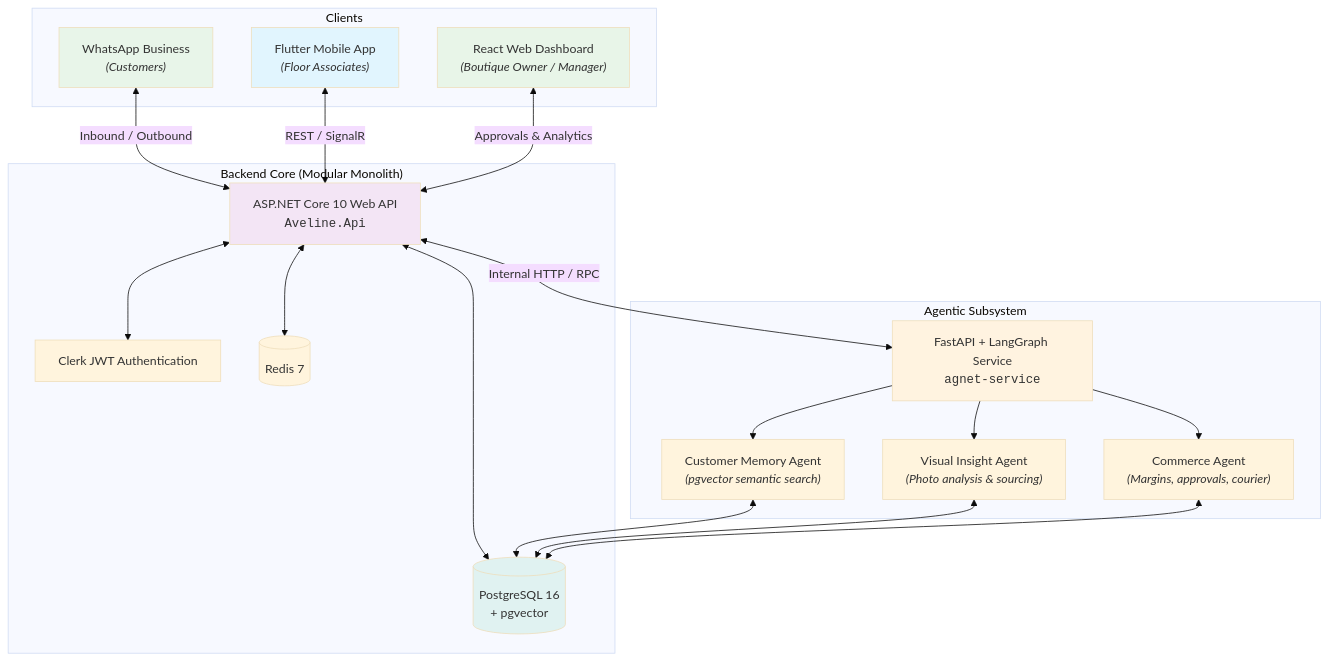
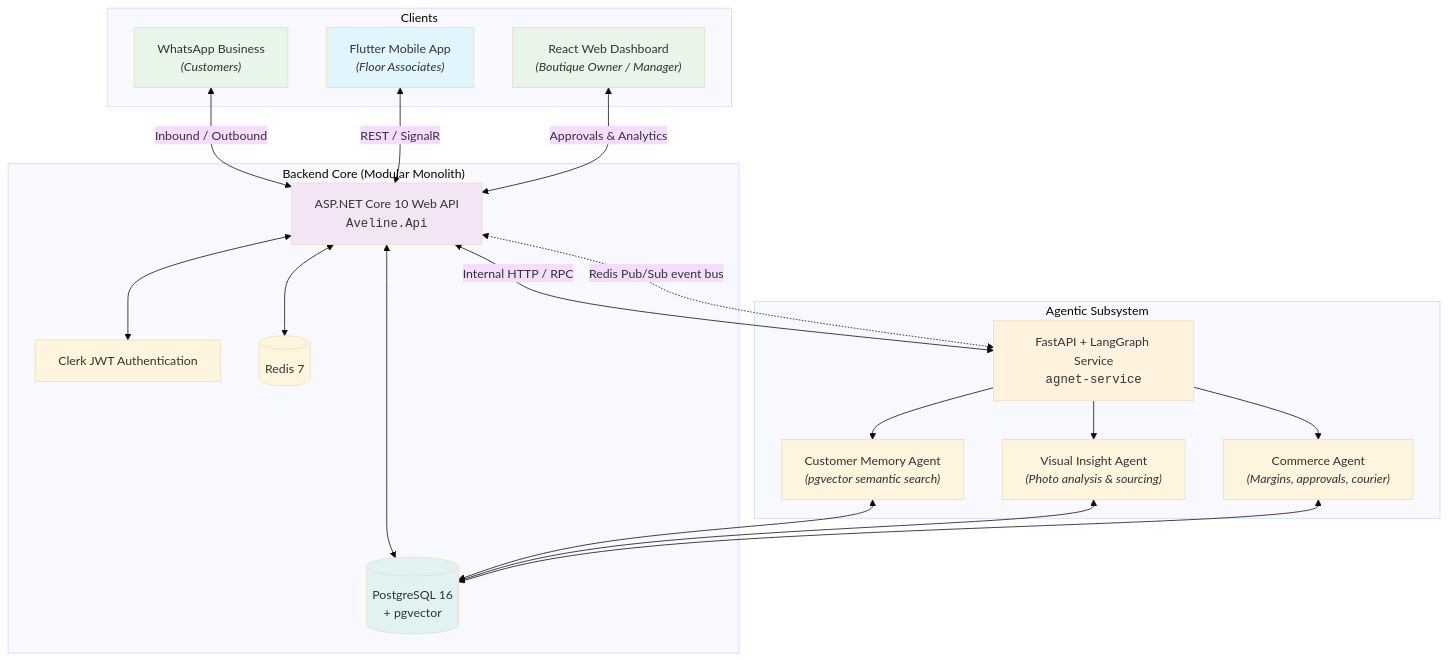
The diagram in README.md (KavinduNirmal/aveline), drawn with Mermaid (base theme) before and after one commit. The commit also changed other lines of this file and 38 other files, not shown here.

First line of the commit message:
feat(eventing): add Redis Pub/Sub event bus for API-agent decoupling

````diff
--- a/README.md
+++ b/README.md
@@ -24,39 +24,40 @@
 ```mermaid
 graph TD
     subgraph "Clients"
         Flutter["Flutter Mobile App<br/><i>(Floor Associates)</i>"]
         React["React Web Dashboard<br/><i>(Boutique Owner / Manager)</i>"]
         WhatsApp["WhatsApp Business<br/><i>(Customers)</i>"]
     end
 
     subgraph "Backend Core (Modular Monolith)"
         Api["ASP.NET Core 10 Web API<br/><code>Aveline.Api</code>"]
         Auth["Clerk JWT Authentication"]
         DB[(PostgreSQL 16<br/>+ pgvector)]
         Cache[(Redis 7)]
     end
 
     subgraph "Agentic Subsystem"
         AgentSvc["FastAPI + LangGraph Service<br/><code>agnet-service</code>"]
         Agent1["Customer Memory Agent<br/><i>(pgvector semantic search)</i>"]
         Agent2["Visual Insight Agent<br/><i>(Photo analysis & sourcing)</i>"]
         Agent3["Commerce Agent<br/><i>(Margins, approvals, courier)</i>"]
     end
 
     WhatsApp <-->|Inbound / Outbound| Api
     Flutter <-->|REST / SignalR| Api
     React <-->|Approvals & Analytics| Api
     Api <--> Auth
     Api <--> DB
     Api <--> Cache
     Api <-->|Internal HTTP / RPC| AgentSvc
+    Api <-.->|Redis Pub/Sub event bus| AgentSvc
     AgentSvc --> Agent1 & Agent2 & Agent3
     Agent1 & Agent2 & Agent3 <--> DB
 
     style Flutter fill:#e1f5fe
     style React fill:#e8f5e8
     style WhatsApp fill:#e8f5e9
     style Api fill:#f3e5f5
     style AgentSvc fill:#fff3e0
     style DB fill:#e0f2f1
 ```
````
